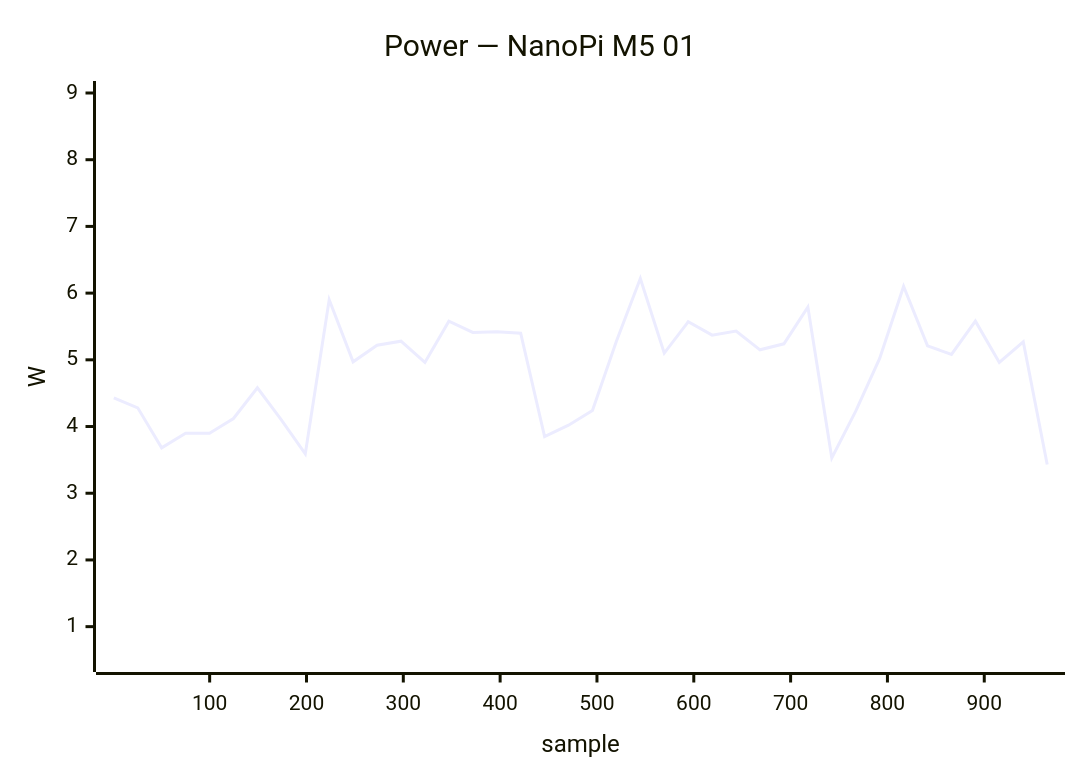
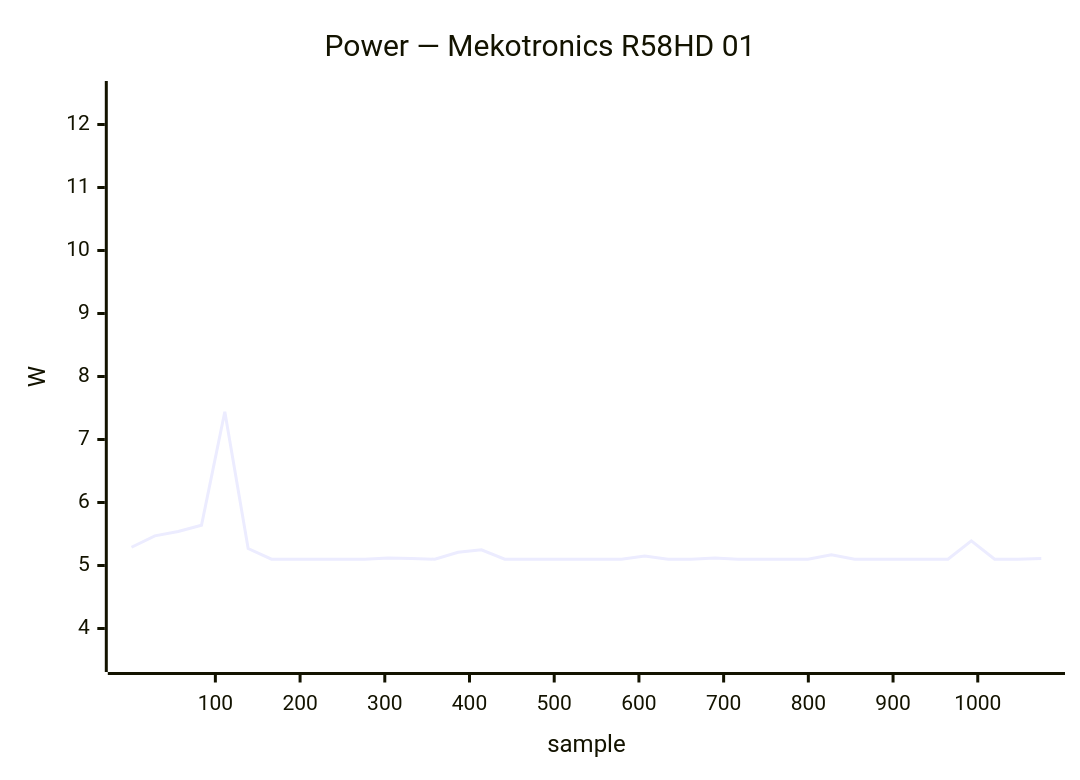
One commit to armbian/documentation changed the fourth of 34 diagrams in docs/status/board-tests.md. Above: the diagram before and after it, drawn with Mermaid. The commit also changed other lines of this file, not shown here.

````diff
--- a/docs/status/board-tests.md
+++ b/docs/status/board-tests.md
@@ -268,7 +165,7 @@
 ```mermaid
 xychart-beta
-    title "Power — NanoPi M5 01"
-    x-axis "sample" 1 --> 965
-    y-axis "W" 0.5 --> 9.0
-    line [4.43, 4.28, 3.68, 3.90, 3.90, 4.12, 4.58, 4.10, 3.59, 5.90, 4.97, 5.22, 5.28, 4.96, 5.58, 5.41, 5.42, 5.40, 3.85, 4.02, 4.24, 5.28, 6.22, 5.10, 5.57, 5.37, 5.43, 5.15, 5.24, 5.79, 3.53, 4.23, 5.02, 6.10, 5.21, 5.08, 5.58, 4.96, 5.27, 3.43]
+    title "Power — Mekotronics R58HD 01"
+    x-axis "sample" 1 --> 1075
+    y-axis "W" 3.5 --> 12.5
+    line [5.29, 5.47, 5.54, 5.64, 7.44, 5.27, 5.10, 5.10, 5.10, 5.10, 5.10, 5.12, 5.11, 5.10, 5.21, 5.25, 5.10, 5.10, 5.10, 5.10, 5.10, 5.10, 5.15, 5.10, 5.10, 5.12, 5.10, 5.10, 5.10, 5.10, 5.17, 5.10, 5.10, 5.10, 5.10, 5.10, 5.39, 5.10, 5.10, 5.11]
 ```
````
